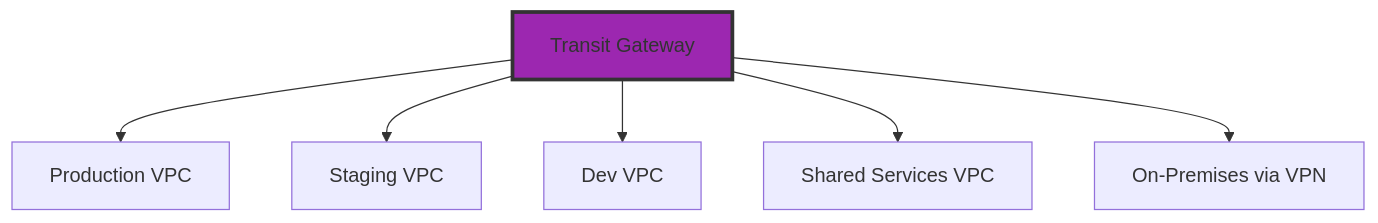
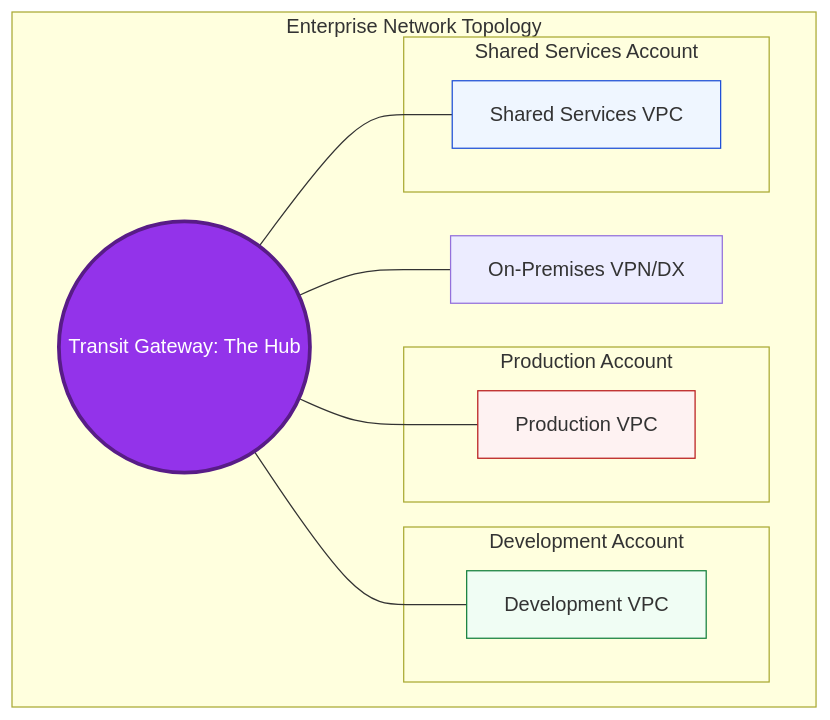
Before and after one commit to Ganil151/Devops: the diagram in 2-Intermediate/01-Phase-1/01-Networking/01-VPC-Fundamentals/07-Multi-VPC-Strategies/README.md, drawn with Mermaid. The commit also changed other lines of this file and 15 other files, not shown here.

````diff
--- a/2-Intermediate/01-Phase-1/01-Networking/01-VPC-Fundamentals/07-Multi-VPC-Strategies/README.md
+++ b/2-Intermediate/01-Phase-1/01-Networking/01-VPC-Fundamentals/07-Multi-VPC-Strategies/README.md
@@ -61,10 +5,28 @@
 ```mermaid
 graph TD
-    TGW[Transit Gateway] --> VPC1[Production VPC]
-    TGW --> VPC2[Staging VPC]
-    TGW --> VPC3[Dev VPC]
-    TGW --> VPC4[Shared Services VPC]
-    TGW --> OnPrem[On-Premises via VPN]
+    subgraph Multi_VPC_Architecture[Enterprise Network Topology]
+        TGW((Transit Gateway: The Hub))
+        
+        subgraph Prod_Account[Production Account]
+            Prod_VPC[Production VPC]
+        end
+        
+        subgraph Dev_Account[Development Account]
+            Dev_VPC[Development VPC]
+        end
+        
+        subgraph Shared_Account[Shared Services Account]
+            Shared_VPC[Shared Services VPC]
+        end
+        
+        TGW --- Prod_VPC
+        TGW --- Dev_VPC
+        TGW --- Shared_VPC
+        TGW --- OnPrem[On-Premises VPN/DX]
+    end
 
-style TGW fill:#9c27b0,stroke:#333,stroke-width:3px
+    style TGW fill:#9333ea,stroke:#581c87,color:#fff,stroke-width:3px
+    style Prod_VPC fill:#fef2f2,stroke:#b91c1c
+    style Dev_VPC fill:#f0fdf4,stroke:#15803d
+    style Shared_VPC fill:#eff6ff,stroke:#1d4ed8
 ```
````
